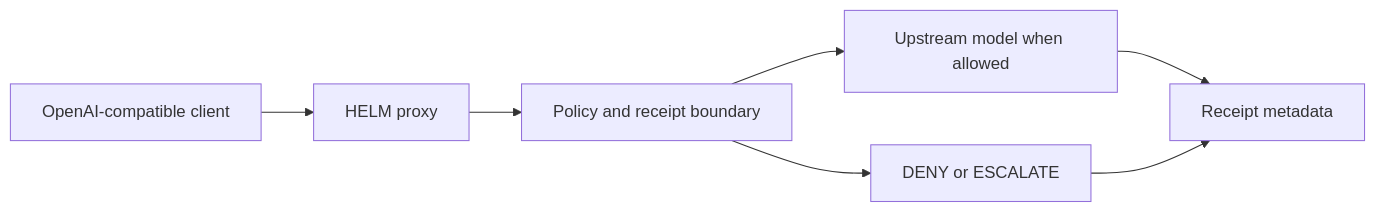
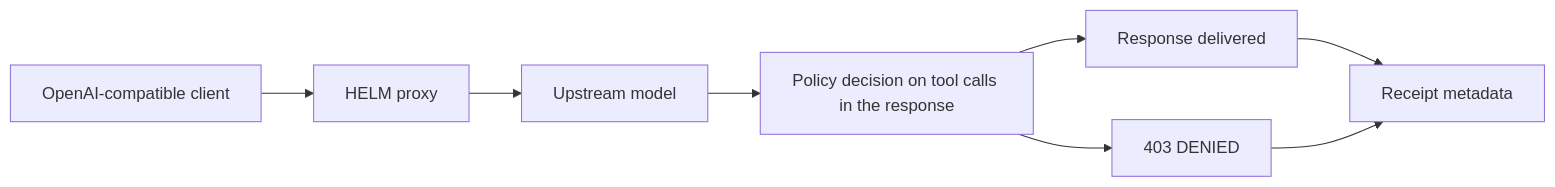
One commit to Mindburn-Labs/helm-ai-kernel changed the diagram in docs/use-cases/openai-compatible-ai-gateway-policy.md. Above: the diagram before and after it, drawn with Mermaid. The commit also changed other lines of this file and 71 other files, not shown here.

````diff
--- a/docs/use-cases/openai-compatible-ai-gateway-policy.md
+++ b/docs/use-cases/openai-compatible-ai-gateway-policy.md
@@ -16,9 +16,10 @@
 ```mermaid
 flowchart LR
     Client["OpenAI-compatible client"] --> Proxy["HELM proxy"]
-    Proxy --> Policy["Policy and receipt boundary"]
-    Policy --> Upstream["Upstream model when allowed"]
-    Policy --> Denial["DENY or ESCALATE"]
-    Upstream --> Receipt["Receipt metadata"]
+    Proxy --> Upstream["Upstream model"]
+    Upstream --> Policy["Policy decision on tool calls in the response"]
+    Policy --> Allowed["Response delivered"]
+    Policy --> Denial["403 DENIED"]
+    Allowed --> Receipt["Receipt metadata"]
     Denial --> Receipt
 ```
````
